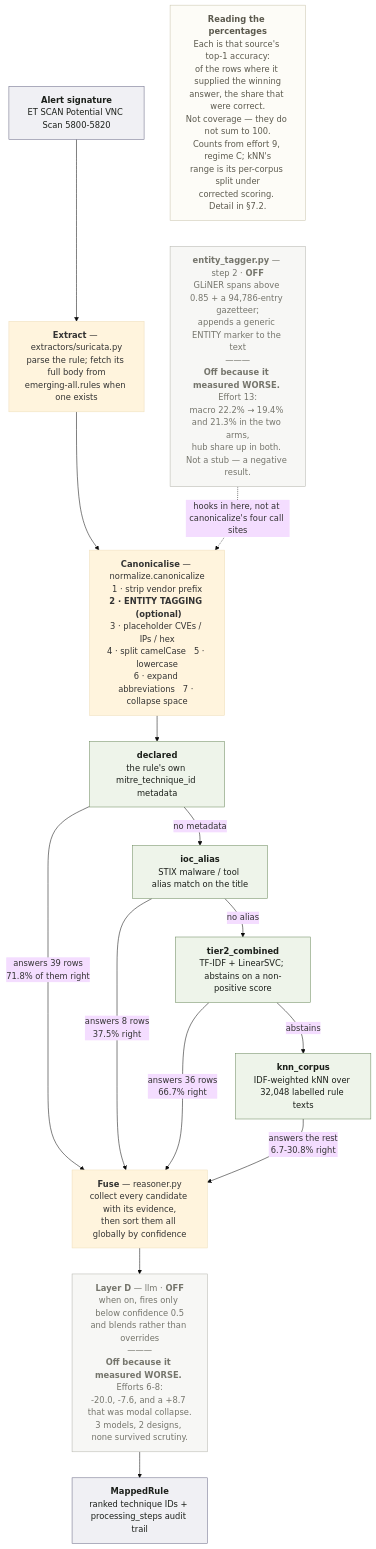
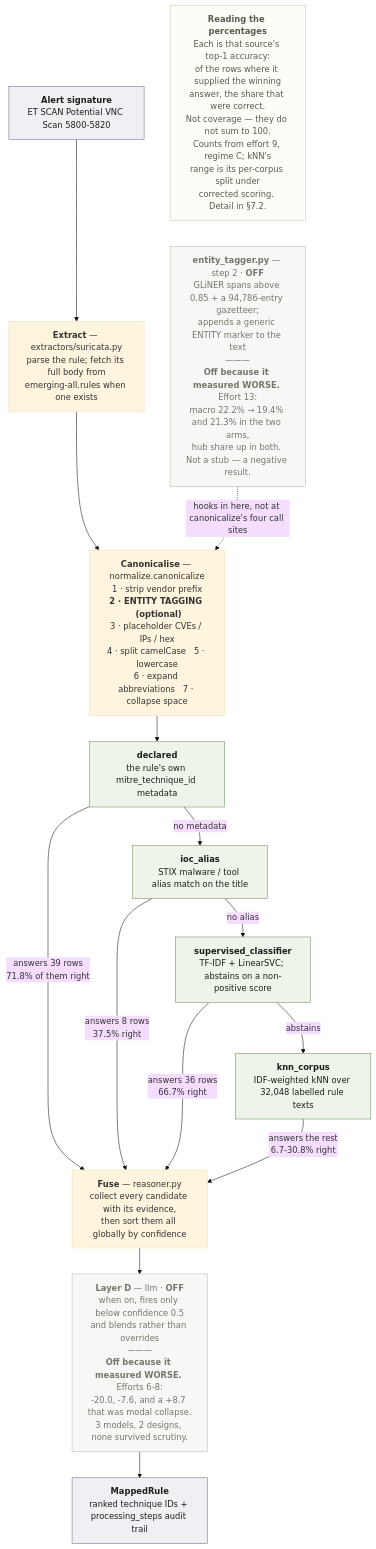
Before and after one commit to jamiegharrison24/SAGE: the first of 2 diagrams in experiments/mitre_mapping/REPORT.md, drawn with Mermaid (base theme). The commit also changed other lines of this file and 7 other files, not shown here.

````diff
--- a/experiments/mitre_mapping/REPORT.md
+++ b/experiments/mitre_mapping/REPORT.md
@@ -253,42 +260,42 @@
 ```mermaid
 flowchart TB
     SIG["<b>Alert signature</b><br/>ET SCAN Potential VNC Scan 5800-5820"]
     EXT["<b>Extract</b> — extractors/suricata.py<br/>parse the rule; fetch its full body from<br/>emerging-all.rules when one exists"]
     NRM["<b>Canonicalise</b> — normalize.canonicalize<br/>1 · strip vendor prefix<br/><b>2 · ENTITY TAGGING &nbsp;(optional)</b><br/>3 · placeholder CVEs / IPs / hex<br/>4 · split camelCase &nbsp; 5 · lowercase<br/>6 · expand abbreviations &nbsp; 7 · collapse space"]
     TAG["<b>entity_tagger.py</b> — step 2 · <b>OFF</b><br/>GLiNER spans above 0.85 + a 94,786-entry gazetteer;<br/>appends a generic ENTITY marker to the text<br/>———<br/><b>Off because it measured WORSE.</b> Effort 13:<br/>macro 22.2% → 19.4% and 21.3% in the two arms,<br/>hub share up in both. Not a stub — a negative result."]
 
     SIG --> EXT --> NRM
     TAG -.->|"hooks in here, not at canonicalize's four call sites"| NRM
     NRM --> D
 
     D["<b>declared</b><br/>the rule's own mitre_technique_id metadata"]
     A["<b>ioc_alias</b><br/>STIX malware / tool alias match on the title"]
-    C["<b>tier2_combined</b><br/>TF-IDF + LinearSVC; abstains on a non-positive score"]
+    C["<b>supervised_classifier</b><br/>TF-IDF + LinearSVC; abstains on a non-positive score"]
     K["<b>knn_corpus</b><br/>IDF-weighted kNN over 32,048 labelled rule texts"]
 
     D -- "no metadata" --> A
     A -- "no alias" --> C
     C -- "abstains" --> K
 
     D -- "answers 39 rows<br/>71.8% of them right" --> F
     A -- "answers 8 rows<br/>37.5% right" --> F
     C -- "answers 36 rows<br/>66.7% right" --> F
     K -- "answers the rest<br/>6.7-30.8% right" --> F
 
     F["<b>Fuse</b> — reasoner.py<br/>collect every candidate with its evidence,<br/>then sort them all globally by confidence"]
     L["<b>Layer D</b> — llm · <b>OFF</b><br/>when on, fires only below confidence 0.5<br/>and blends rather than overrides<br/>———<br/><b>Off because it measured WORSE.</b> Efforts 6-8:<br/>-20.0, -7.6, and a +8.7 that was modal collapse.<br/>3 models, 2 designs, none survived scrutiny."]
     OUT["<b>MappedRule</b><br/>ranked technique IDs + processing_steps audit trail"]
 
     F --> L --> OUT
 
     LEG["<b>Reading the percentages</b><br/>Each is that source's top-1 accuracy:<br/>of the rows where it supplied the winning<br/>answer, the share that were correct.<br/>Not coverage — they do not sum to 100.<br/>Counts from effort 9, regime C; kNN's<br/>range is its per-corpus split under<br/>corrected scoring. Detail in §7.2."]
 
     classDef src fill:#eef4ea,stroke:#6d8a5f,color:#1b1f1a
     classDef io fill:#f0f0f4,stroke:#6a6a86,color:#1b1f1a
     classDef off fill:#f7f7f5,stroke:#b5b5ad,color:#75756c
     class D,A,C,K src
     class SIG,OUT io
     class TAG,L off
     classDef legend fill:#fdfcf7,stroke:#c9c4ad,color:#5c5a4e
     class LEG legend
 ```
````
